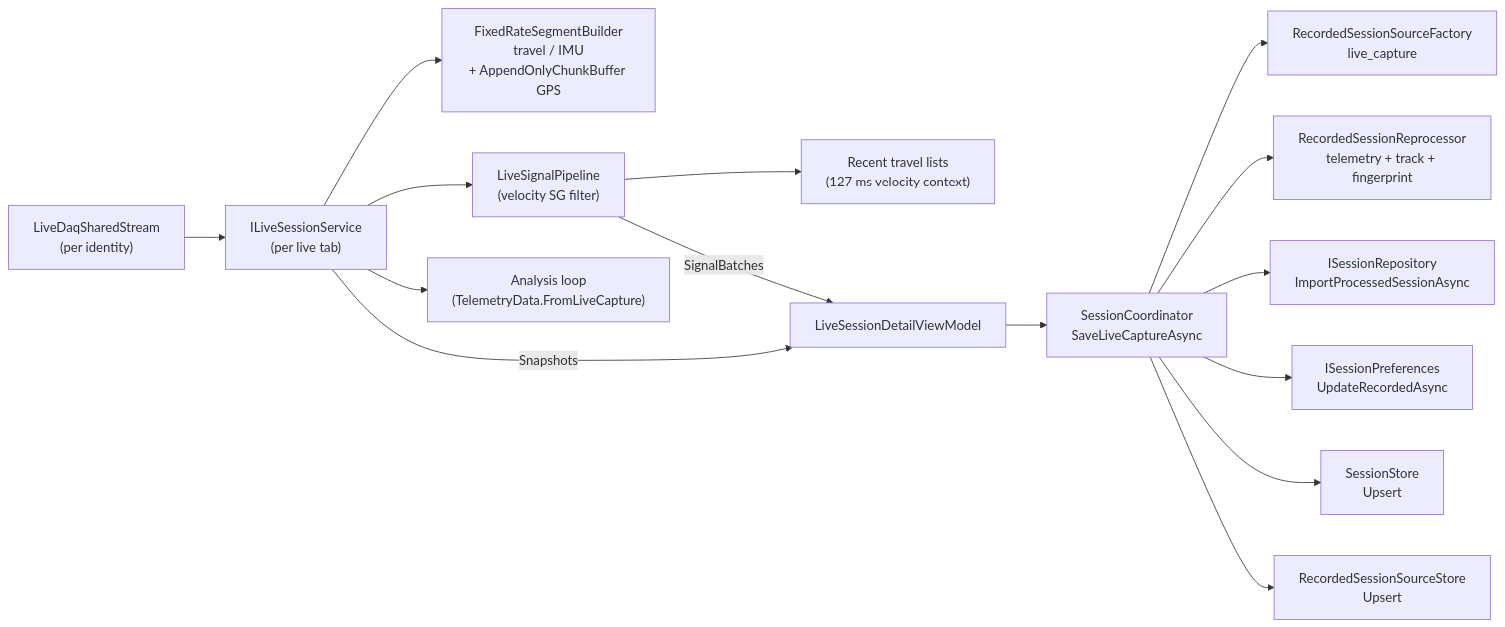
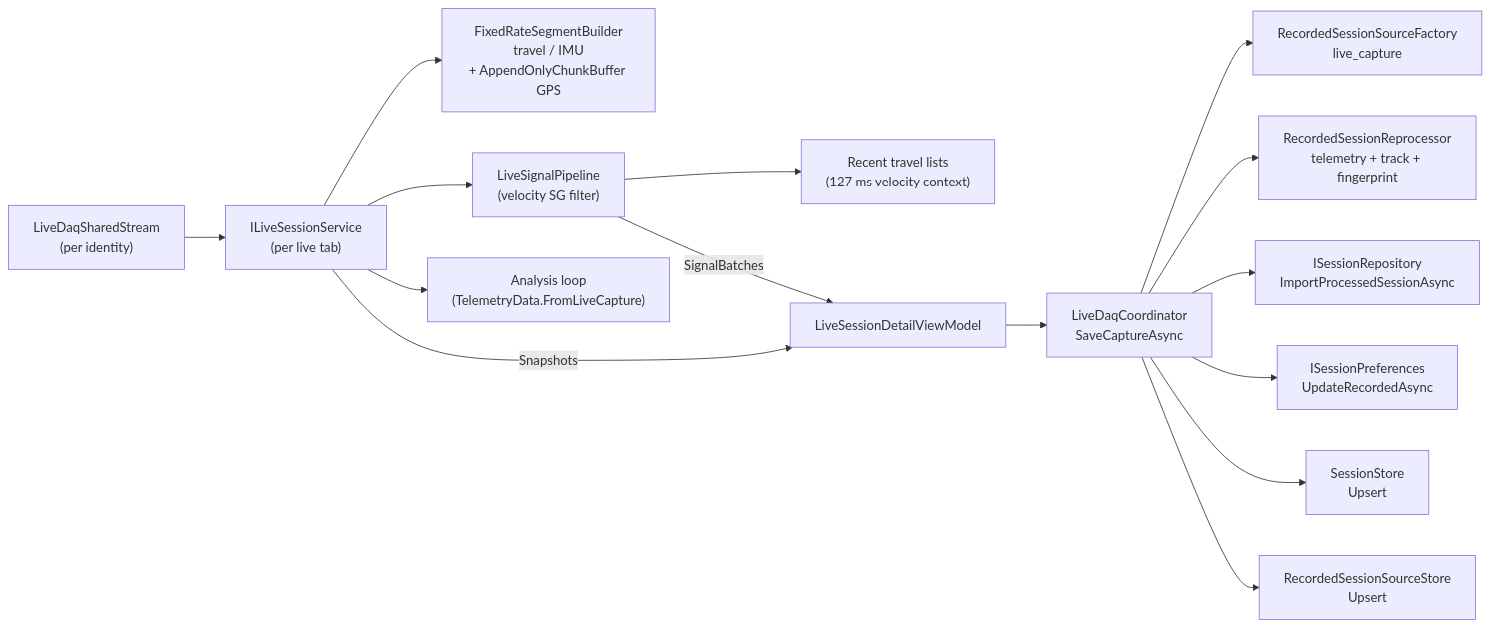
Before and after one commit to MoridinBG/Sufni.app: the diagram in docs/architecture/live-session.md, drawn with Mermaid. The commit also changed other lines of this file and 25 other files, not shown here.

Commit message:
Own live capture saving and reset in the live DAQ coordinator

````diff
--- a/docs/architecture/live-session.md
+++ b/docs/architecture/live-session.md
@@ -30,17 +30,17 @@
 ```mermaid
 graph LR
     Shared["LiveDaqSharedStream<br/>(per identity)"] --> Service["ILiveSessionService<br/>(per live tab)"]
     Service --> CaptureStores["FixedRateSegmentBuilder<br/>travel / IMU<br/>+ AppendOnlyChunkBuffer GPS"]
     Service --> SignalPipe["LiveSignalPipeline<br/>(velocity SG filter)"]
     Service --> StatsLoop["Analysis loop<br/>(TelemetryData.FromLiveCapture)"]
     SignalPipe --> RecentTravel["Recent travel lists<br/>(127 ms velocity context)"]
     Service -->|"Snapshots"| DetailVM["LiveSessionDetailViewModel"]
     SignalPipe -->|"SignalBatches"| DetailVM
-    DetailVM --> Coord["SessionCoordinator<br/>SaveLiveCaptureAsync"]
+    DetailVM --> Coord["LiveDaqCoordinator<br/>SaveCaptureAsync"]
     Coord --> Source["RecordedSessionSourceFactory<br/>live_capture"]
     Coord --> Reprocessor["RecordedSessionReprocessor<br/>telemetry + track + fingerprint"]
     Coord --> Repo["ISessionRepository<br/>ImportProcessedSessionAsync"]
     Coord --> Prefs["ISessionPreferences<br/>UpdateRecordedAsync"]
     Coord --> Store["SessionStore<br/>Upsert"]
     Coord --> SourceStore["RecordedSessionSourceStore<br/>Upsert"]
 ```
````
